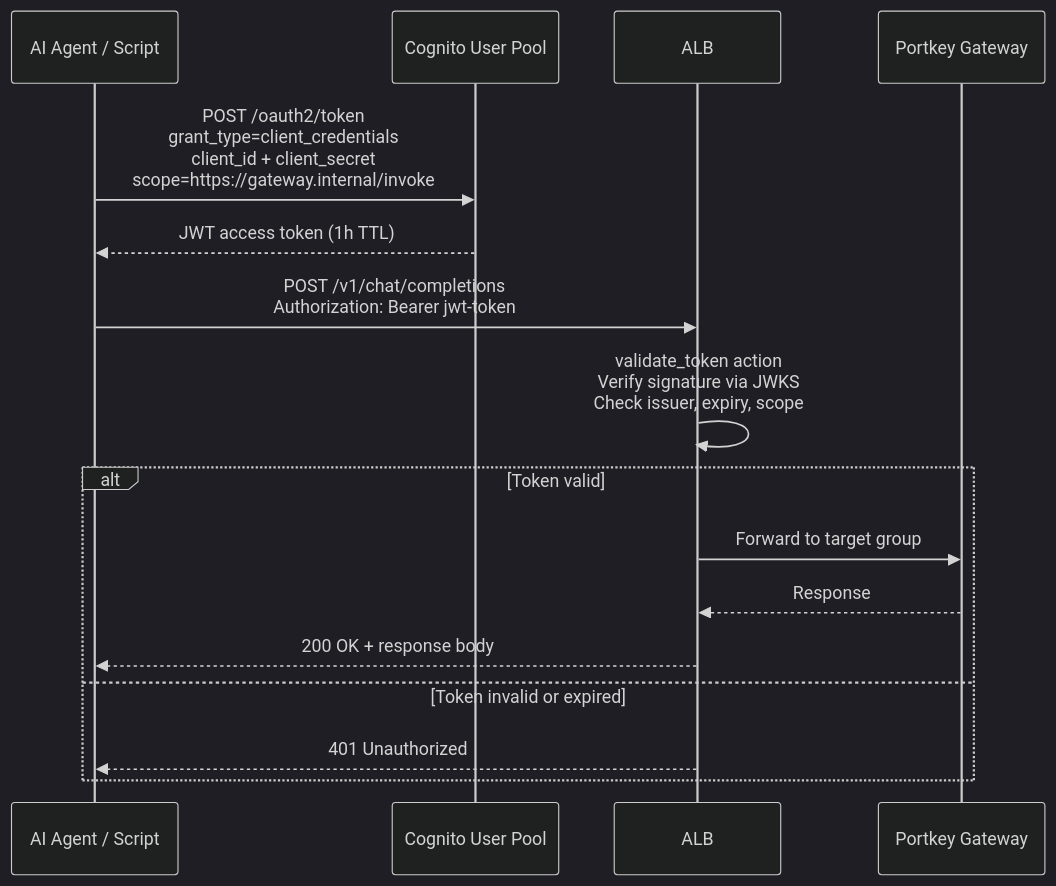
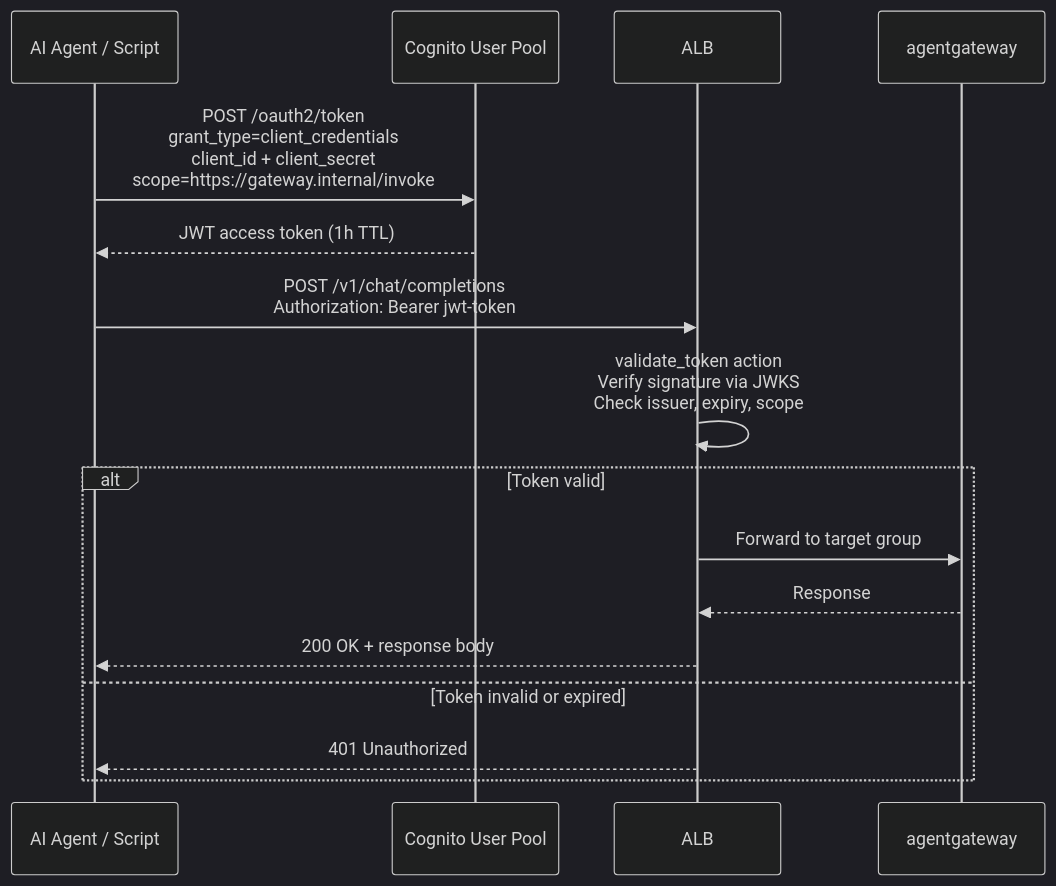
Before and after one commit to theagenticguy/ai-gateway: the fifth of 5 diagrams in docs/src/content/docs/developer-guide/architecture.md, drawn with Mermaid (dark theme). The commit also changed other lines of this file and 28 other files, not shown here.

````diff
--- a/docs/src/content/docs/developer-guide/architecture.md
+++ b/docs/src/content/docs/developer-guide/architecture.md
@@ -309,20 +306,20 @@
 ```mermaid
 sequenceDiagram
     participant Client as AI Agent / Script
     participant Cognito as Cognito User Pool
     participant ALB as ALB
-    participant GW as Portkey Gateway
+    participant GW as agentgateway
 
     Client->>Cognito: POST /oauth2/token<br>grant_type=client_credentials<br>client_id + client_secret<br>scope=https://gateway.internal/invoke
     Cognito-->>Client: JWT access token (1h TTL)
 
     Client->>ALB: POST /v1/chat/completions<br>Authorization: Bearer jwt-token
     ALB->>ALB: validate_token action<br>Verify signature via JWKS<br>Check issuer, expiry, scope
     alt Token valid
         ALB->>GW: Forward to target group
         GW-->>ALB: Response
         ALB-->>Client: 200 OK + response body
     else Token invalid or expired
         ALB-->>Client: 401 Unauthorized
     end
 ```
````
